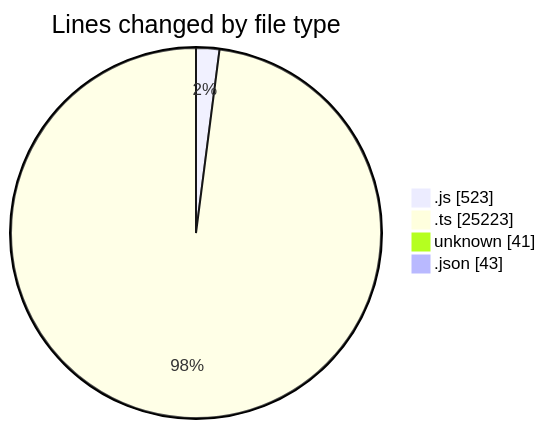
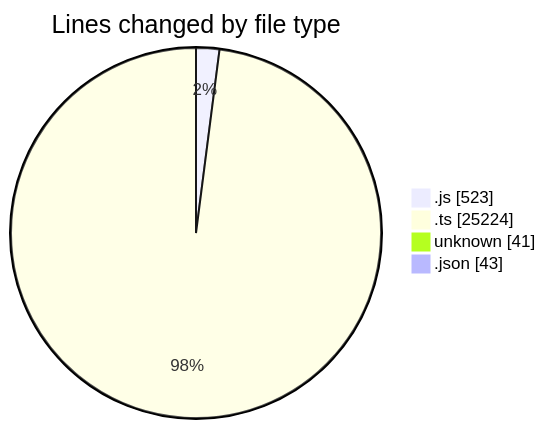
One commit to momahboobian/code-tracking changed the first of 2 diagrams in 2025-08-15/cda/README.md. Above: the diagram before and after it, drawn with Mermaid. The commit also changed other lines of this file and 1 other file, not shown here.

````diff
--- a/2025-08-15/cda/README.md
+++ b/2025-08-15/cda/README.md
@@ -31,8 +31,8 @@
 ```mermaid
 pie showData
 title Lines changed by file type
 ".js" : 523
-".ts" : 25223
+".ts" : 25224
 "unknown" : 41
 ".json" : 43
 ```
````
